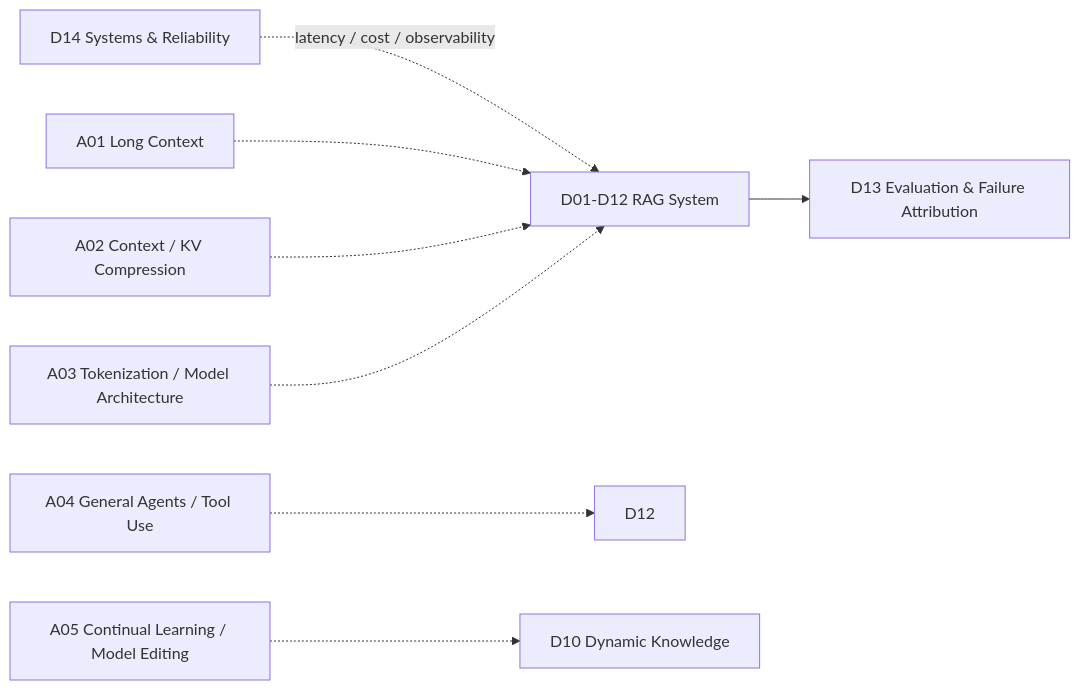
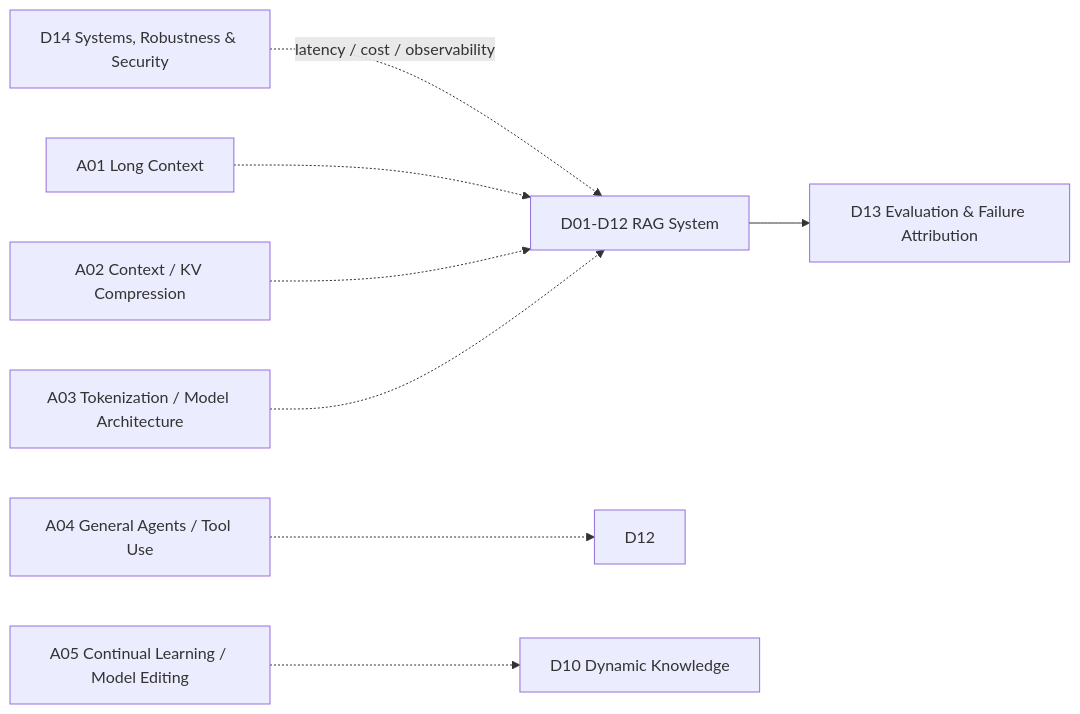
The fourth of 5 diagrams in 00 - 導覽與心智圖 (Navigation & MOC)/RAG System Maps.md (Cycl0n3-ga/RAG-survey), drawn with Mermaid before and after one commit. The commit also changed other lines of this file and 7 other files, not shown here.

Commit message:
refactor(taxonomy): restore robustness and security scope in D14

````diff
--- a/00 - 導覽與心智圖 (Navigation & MOC)/RAG System Maps.md
+++ b/00 - 導覽與心智圖 (Navigation & MOC)/RAG System Maps.md
@@ -92,13 +92,13 @@
 ```mermaid
 flowchart LR
     CORE["D01-D12 RAG System"]
 
     CORE --> D13["D13 Evaluation & Failure Attribution"]
-    D14["D14 Systems & Reliability"] -. "latency / cost / observability" .-> CORE
+    D14["D14 Systems, Robustness & Security"] -. "latency / cost / observability" .-> CORE
 
     A01["A01 Long Context"] -.-> CORE
     A02["A02 Context / KV Compression"] -.-> CORE
     A03["A03 Tokenization / Model Architecture"] -.-> CORE
     A04["A04 General Agents / Tool Use"] -.-> D12
     A05["A05 Continual Learning / Model Editing"] -.-> D10["D10 Dynamic Knowledge"]
 ```
````
